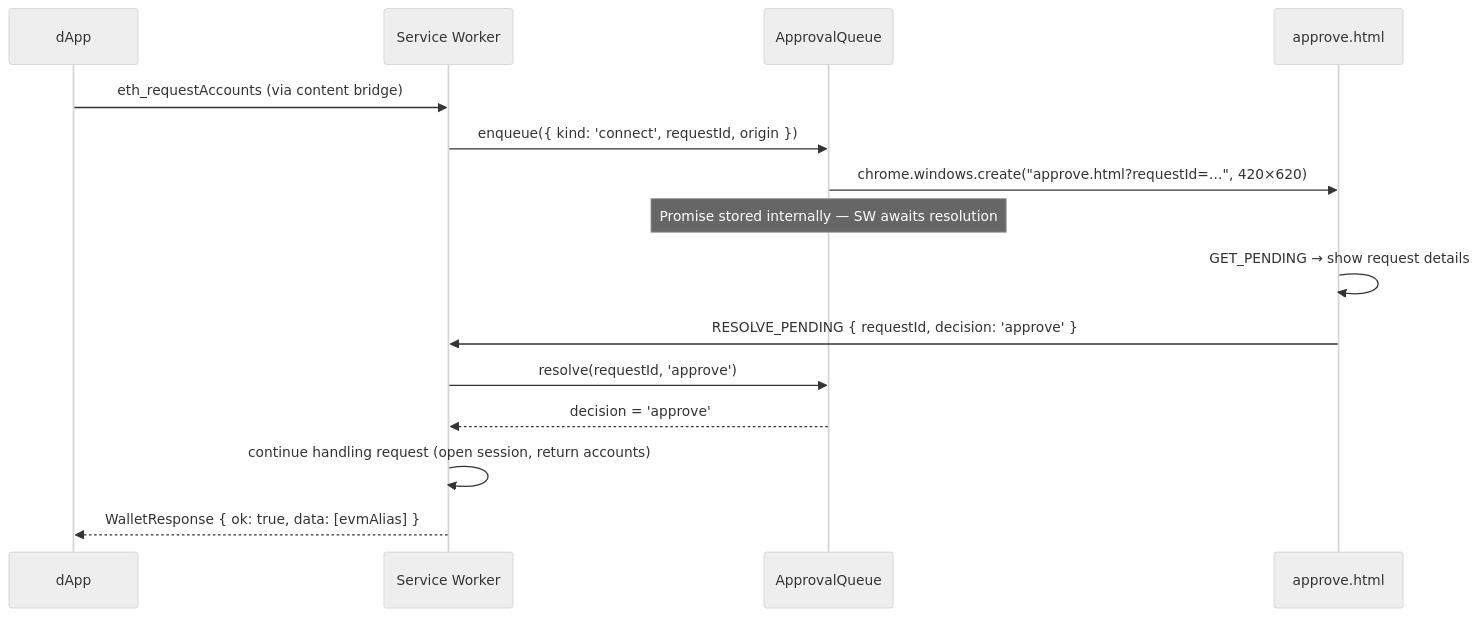
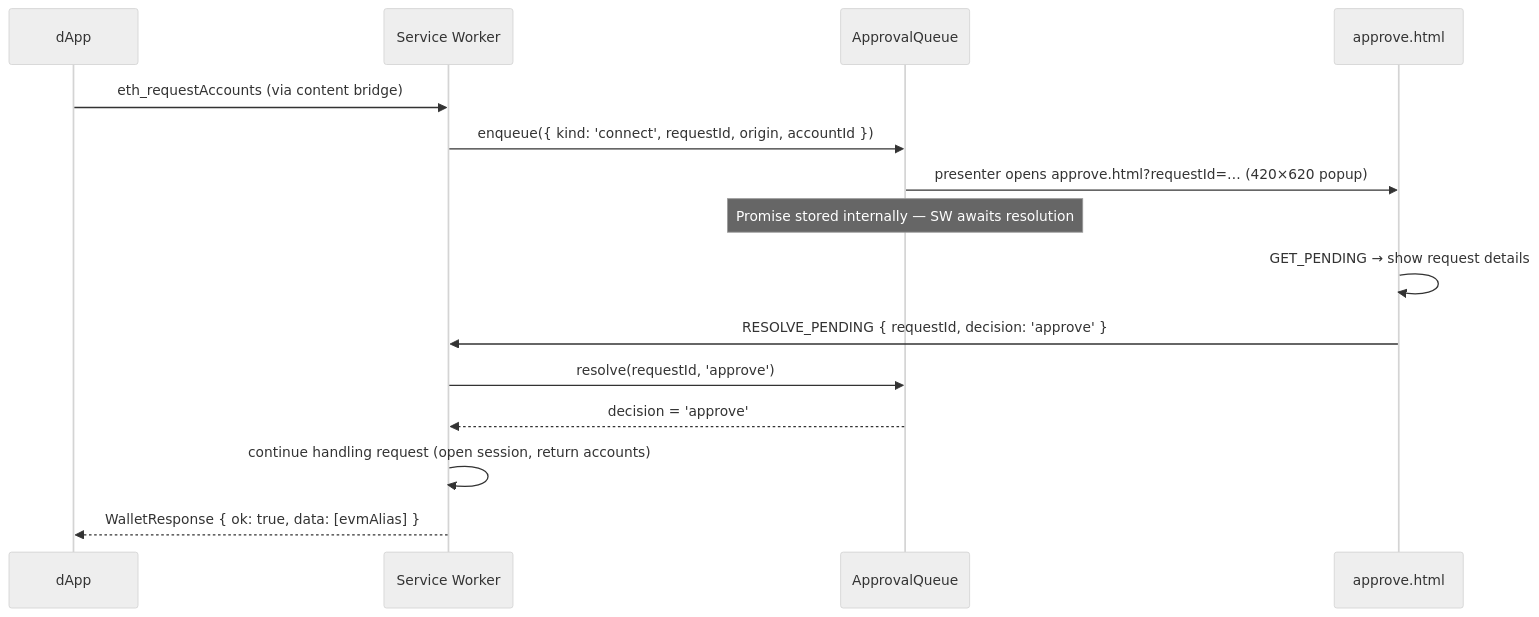
Before and after one commit to Rasalghulsslayer/tezos-x-wallet-mod: the first of 2 diagrams in website/wallet-docs/architecture/dapp-bridge.md, drawn with Mermaid (neutral theme). The commit also changed other lines of this file and 57 other files, not shown here.

````diff
--- a/website/wallet-docs/architecture/dapp-bridge.md
+++ b/website/wallet-docs/architecture/dapp-bridge.md
@@ -20,19 +23,19 @@
 ```mermaid
 sequenceDiagram
     participant dApp
     participant SW as Service Worker
     participant AQ as ApprovalQueue
     participant AW as approve.html
 
     dApp->>SW: eth_requestAccounts (via content bridge)
-    SW->>AQ: enqueue({ kind: 'connect', requestId, origin })
-    AQ->>AW: chrome.windows.create("approve.html?requestId=…", 420×620)
+    SW->>AQ: enqueue({ kind: 'connect', requestId, origin, accountId })
+    AQ->>AW: presenter opens approve.html?requestId=… (420×620 popup)
     Note over AQ: Promise stored internally — SW awaits resolution
 
     AW->>AW: GET_PENDING → show request details
     AW->>SW: RESOLVE_PENDING { requestId, decision: 'approve' }
     SW->>AQ: resolve(requestId, 'approve')
     AQ-->>SW: decision = 'approve'
     SW->>SW: continue handling request (open session, return accounts)
     SW-->>dApp: WalletResponse { ok: true, data: [evmAlias] }
 ```
````
